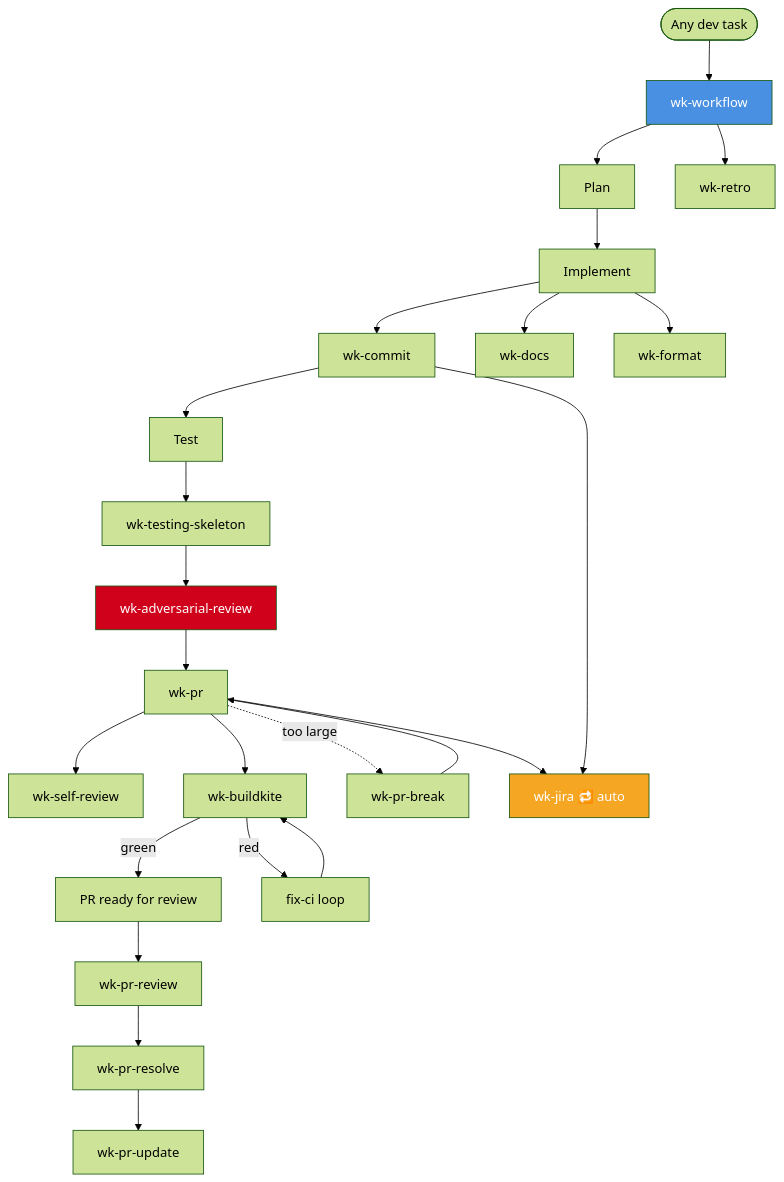
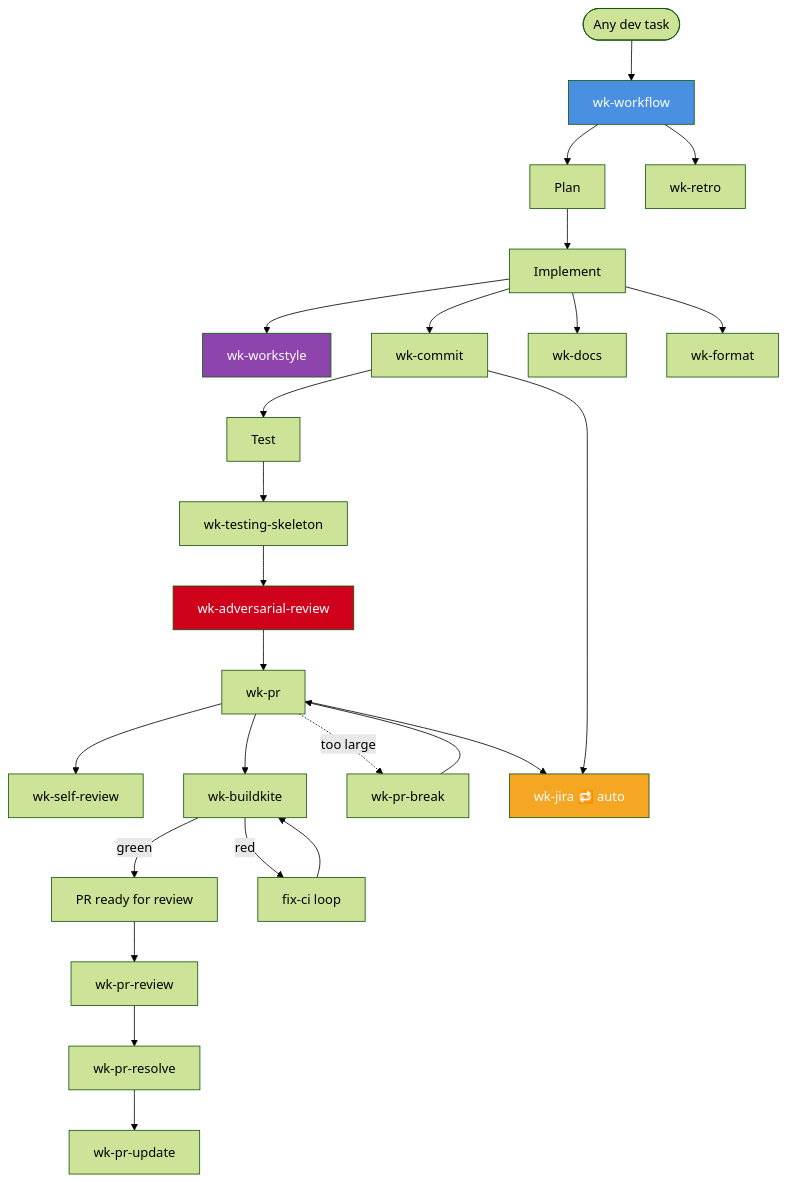
The first of 2 diagrams in skills/README.md (whizzzkid/skills), drawn with Mermaid (forest theme) before and after one commit. The commit also changed other lines of this file and 3 other files, not shown here.

````diff
--- a/skills/README.md
+++ b/skills/README.md
@@ -82,55 +83,58 @@
 ```mermaid
 flowchart TD
     START([Any dev task]) --> WF[wk-workflow]
 
     WF --> PLAN[Plan]
     PLAN --> IMPL[Implement]
+    IMPL --> WKSTYLE[wk-workstyle]
     IMPL --> COMMIT[wk-commit]
     IMPL --> DOCS[wk-docs]
     IMPL --> FMT[wk-format]
 
     COMMIT --> TEST[Test]
     TEST --> SKEL[wk-testing-skeleton]
 
     SKEL --> ADV[wk-adversarial-review]
     ADV --> PR[wk-pr]
 
     PR --> SR[wk-self-review]
     PR --> CI[wk-buildkite]
 
     CI -->|green| READY[PR ready for review]
     CI -->|red| FIX[fix-ci loop]
     FIX --> CI
 
     READY --> PRR[wk-pr-review]
     PRR --> RES[wk-pr-resolve]
     RES --> UPD[wk-pr-update]
 
     PR -.->|too large| BREAK[wk-pr-break]
     BREAK --> PR
 
     PR --> JIRA[wk-jira 🔁 auto]
     COMMIT --> JIRA
 
     WF --> RETRO[wk-retro]
 
     style WF fill:#4a90e2,color:#fff
     style JIRA fill:#f5a623,color:#fff
     style ADV fill:#d0021b,color:#fff
+    style WKSTYLE fill:#8e44ad,color:#fff
 
+    click WKSTYLE href "./workstyle/README.md" _blank
     click WF href "./workflow/README.md" _blank
     click COMMIT href "./commit/README.md" _blank
     click DOCS href "./docs/README.md" _blank
     click FMT href "./format/README.md" _blank
     click SKEL href "./testing-skeleton/README.md" _blank
     click ADV href "./adversarial-review/README.md" _blank
     click PR href "./pr/README.md" _blank
     click SR href "./self-review/README.md" _blank
     click CI href "./buildkite/README.md" _blank
     click PRR href "./pr-review/README.md" _blank
     click RES href "./pr-resolve/README.md" _blank
     click UPD href "./pr-update/README.md" _blank
     click BREAK href "./pr-break/README.md" _blank
     click JIRA href "./jira/README.md" _blank
     click RETRO href "./retro/README.md" _blank
 ```
````
